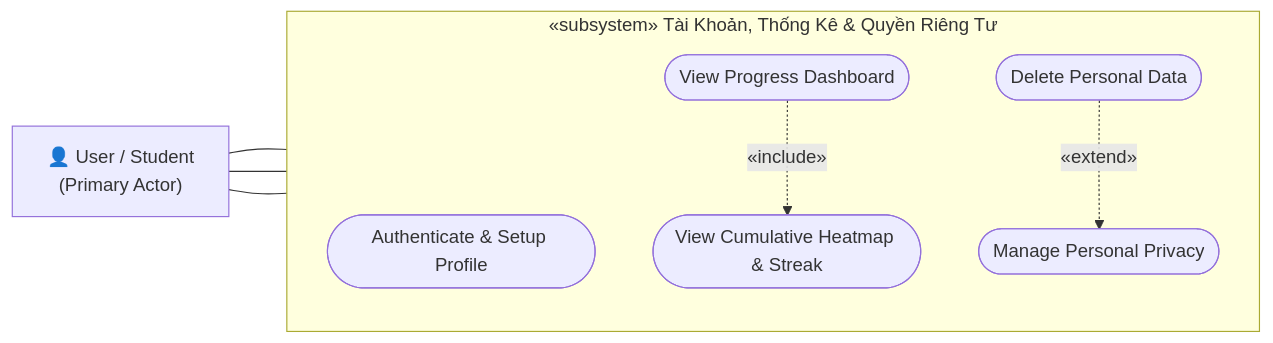
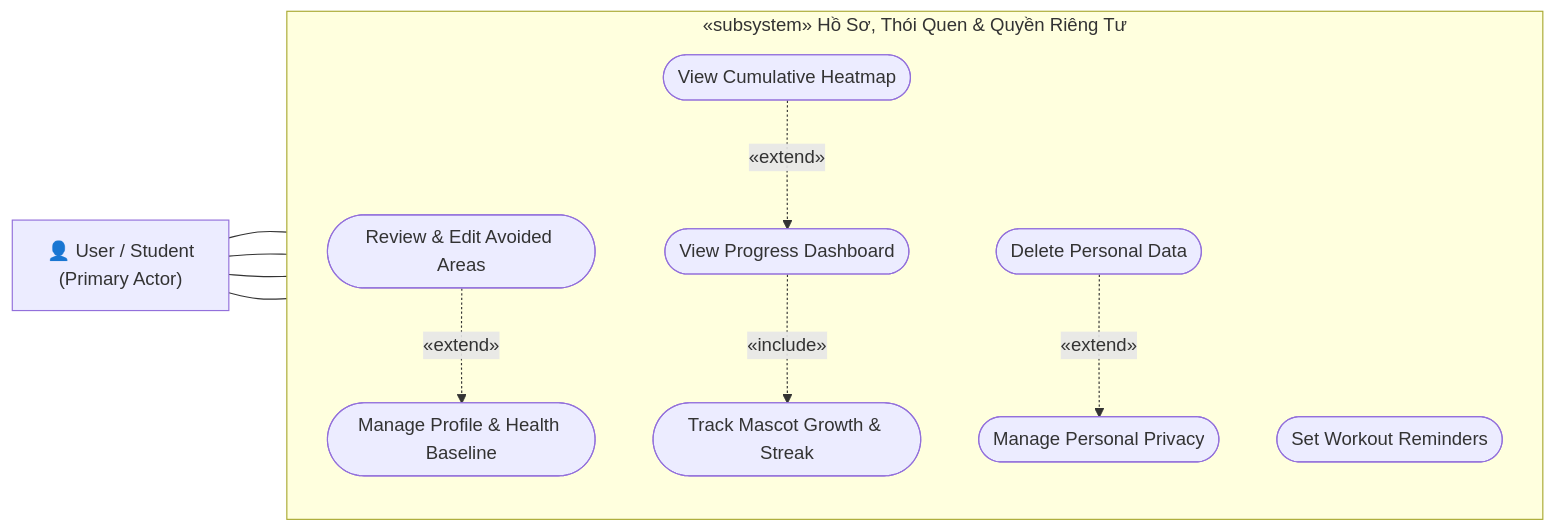
One commit to NewFace819/FitLens changed the third of 6 diagrams in docs/USE_CASE_DIAGRAM.md. Above: the diagram before and after it, drawn with Mermaid. The commit also changed other lines of this file and 3 other files, not shown here.

Commit message:
docs: standardize use cases, unify post-workout RPE 1-10, remove calorie compensation, and add concise architecture

````diff
--- a/docs/USE_CASE_DIAGRAM.md
+++ b/docs/USE_CASE_DIAGRAM.md
@@ -88,20 +98,29 @@
 ```mermaid
 flowchart LR
-    subgraph Subsys3 ["«subsystem» Tài Khoản, Thống Kê & Quyền Riêng Tư"]
+    subgraph Subsys3 ["«subsystem» Hồ Sơ, Thói Quen & Quyền Riêng Tư"]
         direction TB
-        UC_Auth(["Authenticate & Setup Profile"])
+        UC_Profile(["Manage Profile & Health Baseline"])
+        UC_ReviewAvoid(["Review & Edit Avoided Areas"])
+        
+        UC_Remind(["Set Workout Reminders"])
+        
         UC_Dash(["View Progress Dashboard"])
-        UC_CumHeatmap(["View Cumulative Heatmap & Streak"])
+        UC_MascotStreak(["Track Mascot Growth & Streak"])
+        UC_CumHeatmap(["View Cumulative Heatmap"])
+        
         UC_Privacy(["Manage Personal Privacy"])
         UC_Delete(["Delete Personal Data"])
     end
 
     User["👤 User / Student\n(Primary Actor)"]
 
-    User --- UC_Auth
+    User --- UC_Profile
+    User --- UC_Remind
     User --- UC_Dash
     User --- UC_Privacy
 
-    UC_Dash -.->|«include»| UC_CumHeatmap
+    UC_ReviewAvoid -.->|«extend»| UC_Profile
+    UC_Dash -.->|«include»| UC_MascotStreak
+    UC_CumHeatmap -.->|«extend»| UC_Dash
     UC_Delete -.->|«extend»| UC_Privacy
 ```
````
